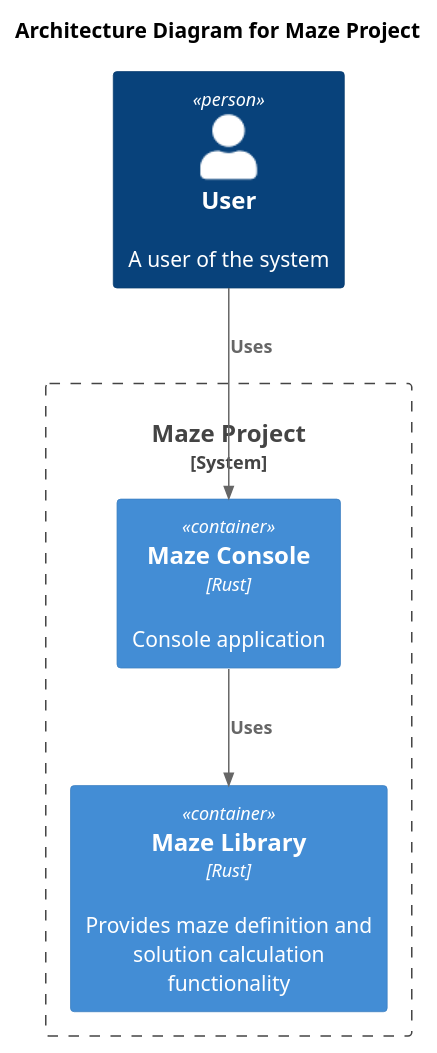
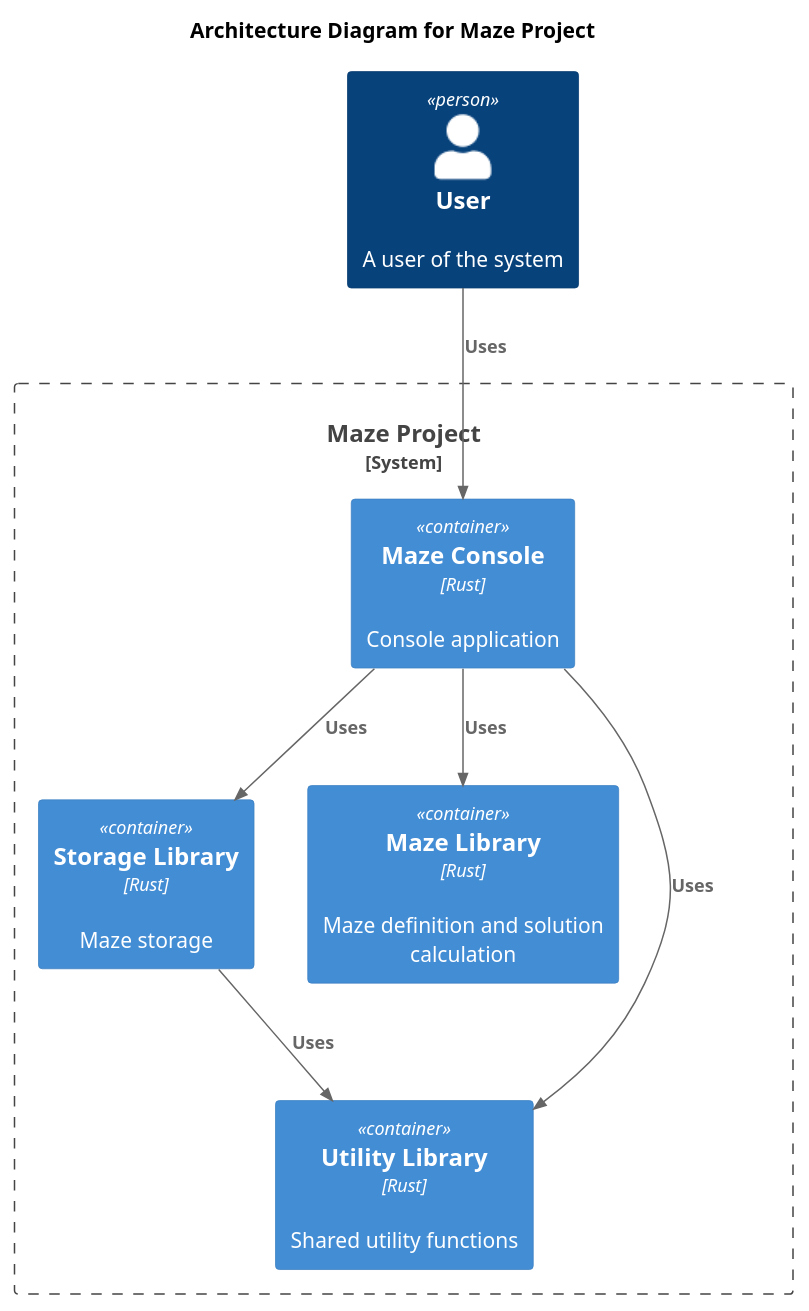
Before and after one commit to budgiedownunder/maze: the diagram in docs/diagrams/architecture.puml, drawn with PlantUML.

Commit message:
Update architecture diagram

```diff
--- a/docs/diagrams/architecture.puml
+++ b/docs/diagrams/architecture.puml
@@ -1,15 +1,20 @@
 @startuml
 
 !include https://raw.githubusercontent.com/plantuml-stdlib/C4-PlantUML/master/C4_Container.puml
 
 title Architecture Diagram for Maze Project
 
 Person(user, "User", "A user of the system")
 System_Boundary(c1, "Maze Project") {
-    Container(cli_app, "Maze Console", "Rust", "Console application")
-    Container(maze_library, "Maze Library", "Rust", "Provides maze definition and solution calculation functionality")
+    Container(console_app, "Maze Console", "Rust", "Console application")
+    Container(storage_library, "Storage Library", "Rust", "Maze storage")
+    Container(maze_library, "Maze Library", "Rust", "Maze definition and solution calculation")
+    Container(utils_library, "Utility Library", "Rust", "Shared utility functions")
 }
 
-Rel(user, cli_app, "Uses")
-Rel(cli_app, maze_library, "Uses")
+Rel(user, console_app, "Uses")
+Rel(console_app, maze_library, "Uses")
+Rel(console_app, storage_library, "Uses")
+Rel(console_app, utils_library, "Uses")
+Rel(storage_library, utils_library, "Uses")
 @enduml
```
